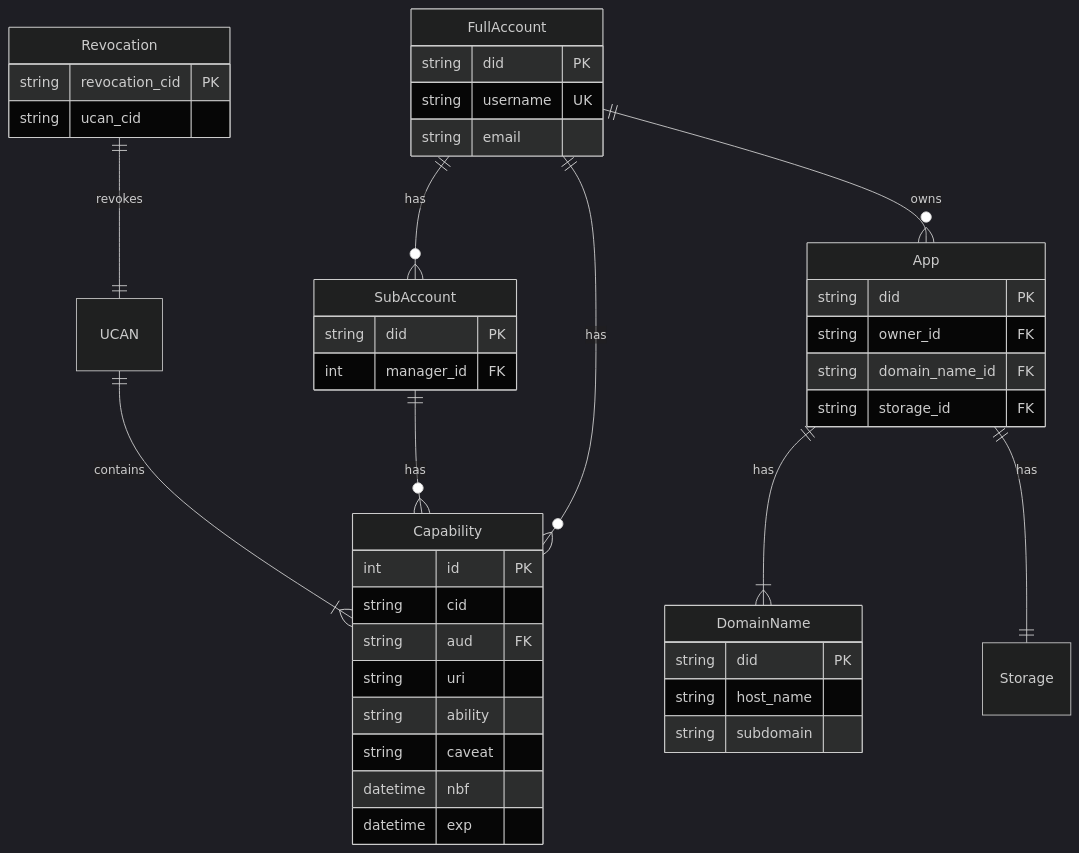
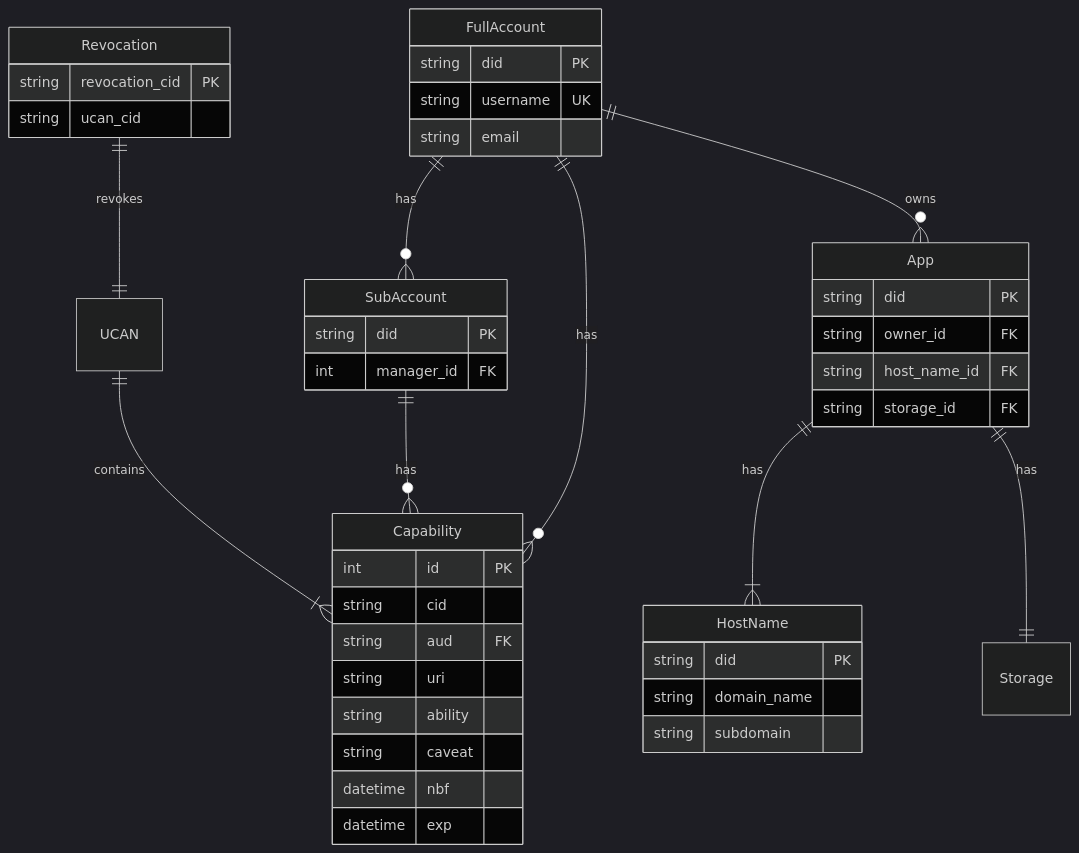
Before and after one commit to fission-codes/fission-server: the third of 3 diagrams in design/README.md, drawn with Mermaid (dark theme). The commit also changed other lines of this file, not shown here.

````diff
--- a/design/README.md
+++ b/design/README.md
@@ -102,55 +102,55 @@
 ```mermaid
 erDiagram
     FullAccount ||--o{ SubAccount: has
 
     FullAccount ||--o{ Capability: has
     SubAccount  ||--o{ Capability: has
     
     FullAccount ||--o{ App : owns
     
-    App ||--|{ DomainName : has
-    App ||--|| Storage    : has
+    App ||--|{ HostName : has
+    App ||--|| Storage  : has
     
     UCAN       ||--|{ Capability : contains
     Revocation ||--|| UCAN       : revokes
 
     FullAccount {
         string   did            PK
         string   username       UK
         string   email
     }
 
     SubAccount {
         string   did            PK
         int      manager_id     FK
     }
     
-    DomainName {
+    HostName {
       string     did            PK
-      string     host_name
+      string     domain_name
       string     subdomain
     }
     
     App {
       string     did            PK
       string     owner_id       FK
-      string     domain_name_id FK
+      string     host_name_id   FK
       string     storage_id     FK
     }
     
     Capability {
         int      id             PK
         string   cid
         string   aud            FK
         string   uri
         string   ability
         string   caveat
         datetime nbf
         datetime exp
     }
     
     Revocation {
         string   revocation_cid PK
         string   ucan_cid
     }
 ```
````
